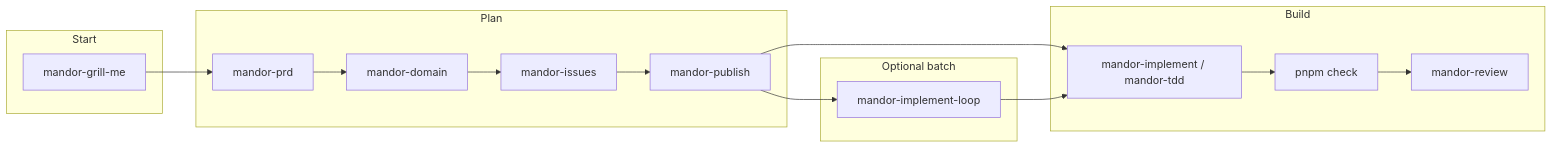
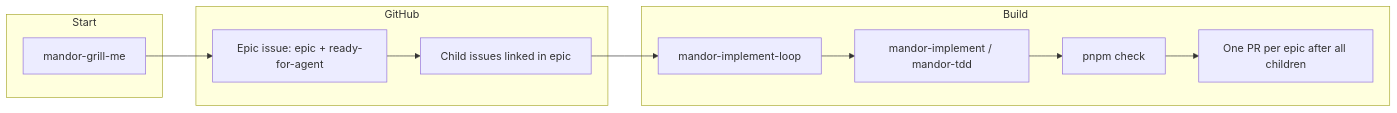
Before and after one commit to achmadya-dev/mandor-plate: the diagram in README.md, drawn with Mermaid. The commit also changed other lines of this file and 10 other files, not shown here.

Commit message:
docs: simplify agent workflow around GitHub epics

````diff
--- a/README.md
+++ b/README.md
@@ -126,33 +125,25 @@
 ```mermaid
 flowchart LR
   subgraph start [Start]
     G[mandor-grill-me]
   end
 
-  subgraph plan [Plan]
-    P[mandor-prd]
-    D[mandor-domain]
-    I[mandor-issues]
-    Pub[mandor-publish]
+  subgraph github [GitHub]
+    E[Epic issue: epic + ready-for-agent]
+    I[Child issues linked in epic]
   end
 
   subgraph code [Build]
+    L[mandor-implement-loop]
     M[mandor-implement / mandor-tdd]
     C[pnpm check]
-    R[mandor-review]
+    PR[One PR per epic after all children]
   end
 
-  subgraph auto [Optional batch]
-    L[mandor-implement-loop]
-  end
-
-  G --> P
-  P --> D
-  D --> I
-  I --> Pub
-  Pub --> M
+  G --> E
+  E --> I
+  I --> L
+  L --> M
   M --> C
-  C --> R
-  Pub --> L
-  L --> M
+  C --> PR
 ```
````
